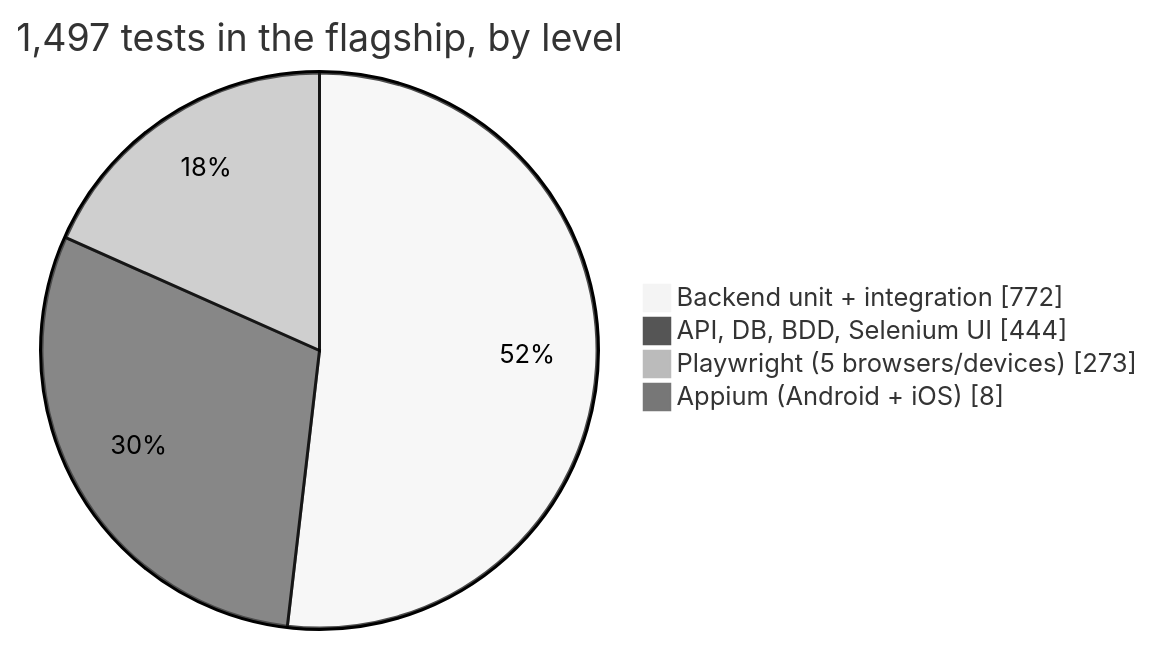
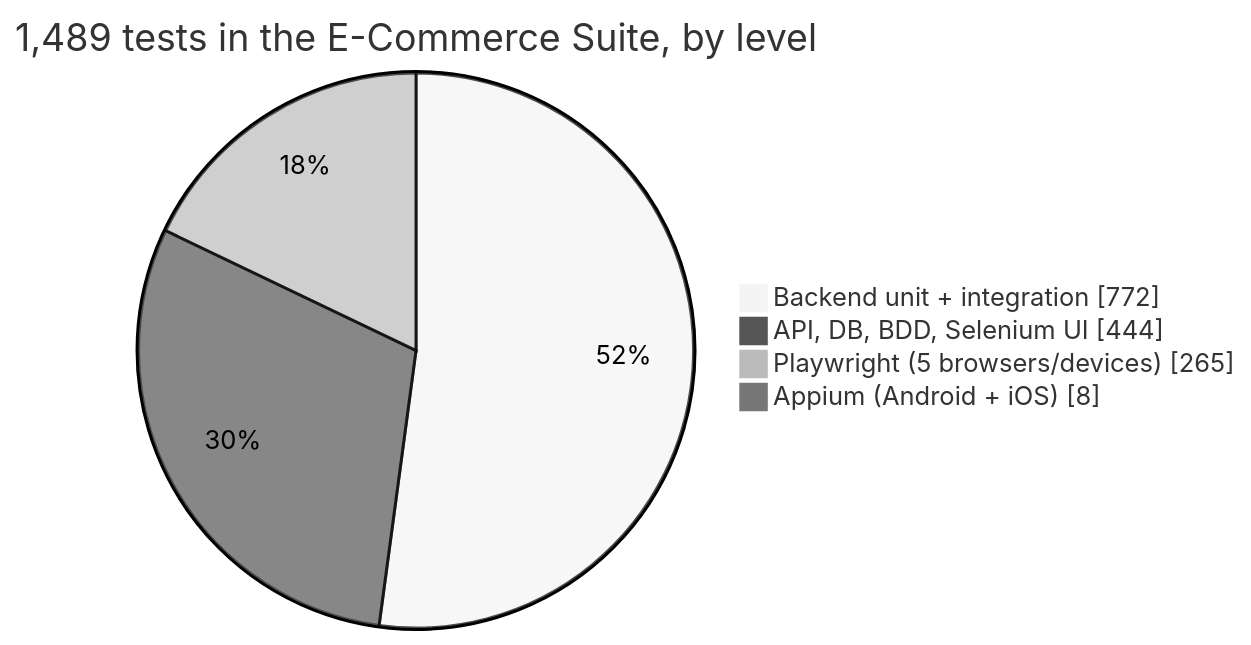
The fifth of 14 diagrams in README.md (rbchy/ranajitchowdhury), drawn with Mermaid (neutral theme) before and after one commit. The commit also changed other lines of this file and 8 other files, not shown here.

````diff
--- a/README.md
+++ b/README.md
@@ -51,8 +111,8 @@
 ```mermaid
 pie showData
-    title 1,497 tests in the flagship, by level
+    title 1,489 tests in the E-Commerce Suite, by level
     "Backend unit + integration" : 772
     "API, DB, BDD, Selenium UI" : 444
-    "Playwright (5 browsers/devices)" : 273
+    "Playwright (5 browsers/devices)" : 265
     "Appium (Android + iOS)" : 8
 ```
````
